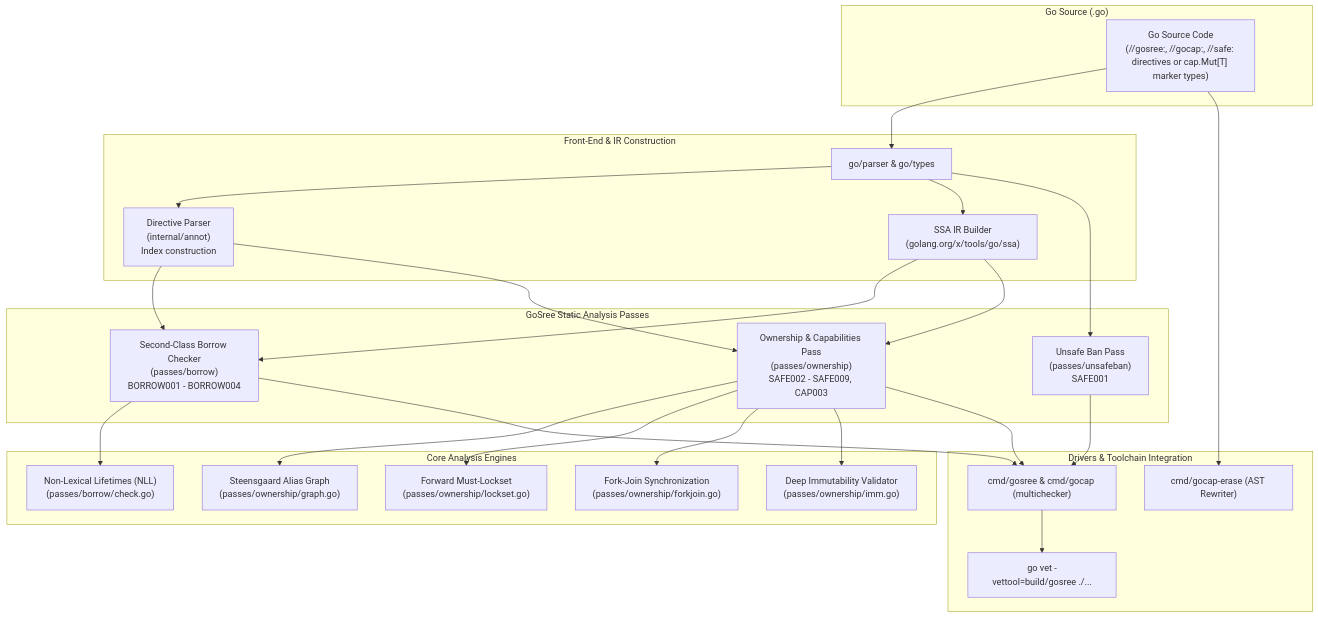
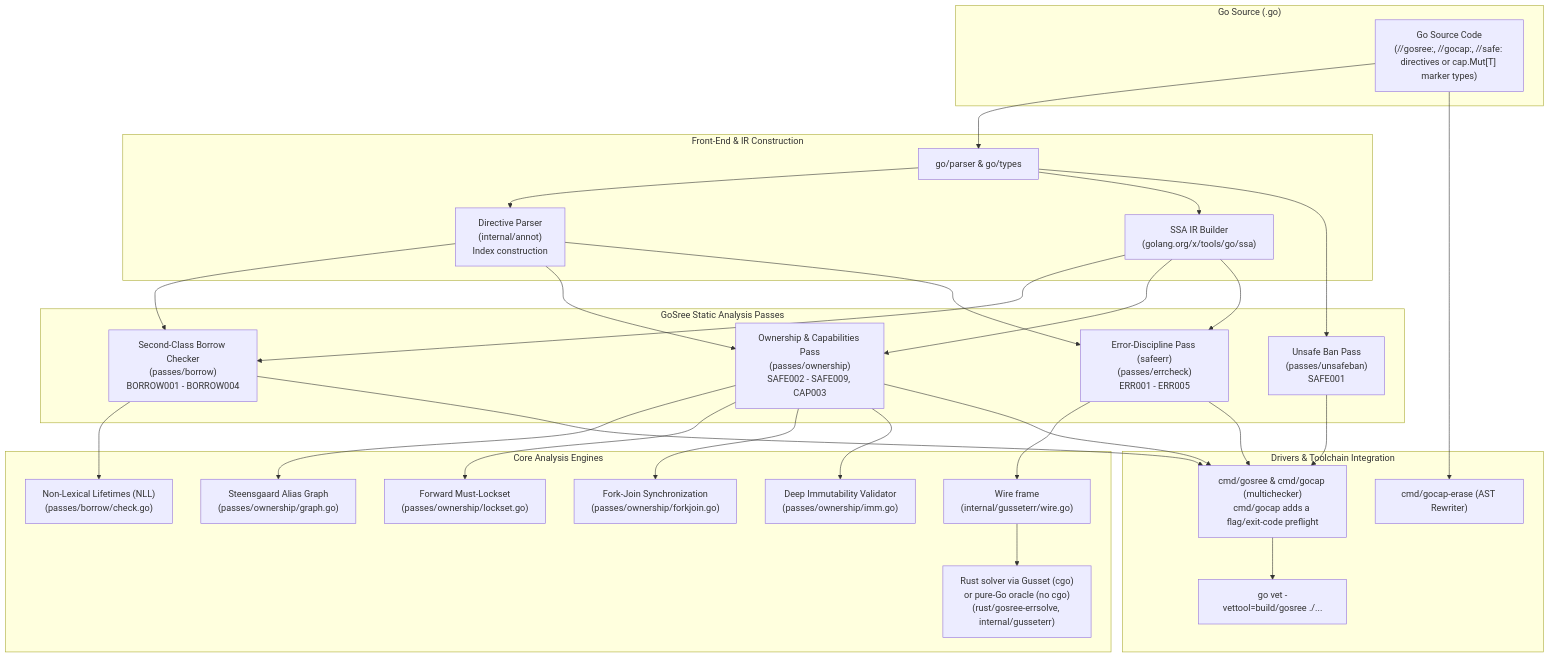
One commit to bharathvbcr/GoSree changed the first of 4 diagrams in README.md. Above: the diagram before and after it, drawn with Mermaid. The commit also changed other lines of this file and 96 other files, not shown here.

First line of the commit message:
Add error-discipline pass, Rust solver over gusset, gocap preflight; refresh docs

````diff
--- a/README.md
+++ b/README.md
@@ -46,53 +46,61 @@
 ```mermaid
 flowchart TD
     subgraph Input ["Go Source (.go)"]
         Src["Go Source Code\n(//gosree:, //gocap:, //safe: directives or cap.Mut[T] marker types)"]
     end
 
     subgraph FrontEnd ["Front-End & IR Construction"]
         Parser["go/parser & go/types"]
         Annot["Directive Parser\n(internal/annot)\nIndex construction"]
         SSA["SSA IR Builder\n(golang.org/x/tools/go/ssa)"]
     end
 
     subgraph Passes ["GoSree Static Analysis Passes"]
         UnsafeBan["Unsafe Ban Pass\n(passes/unsafeban)\nSAFE001"]
         Borrow["Second-Class Borrow Checker\n(passes/borrow)\nBORROW001 - BORROW004"]
         Ownership["Ownership & Capabilities Pass\n(passes/ownership)\nSAFE002 - SAFE009, CAP003"]
+        Errcheck["Error-Discipline Pass (safeerr)\n(passes/errcheck)\nERR001 - ERR005"]
     end
 
     subgraph Engines ["Core Analysis Engines"]
         Steensgaard["Steensgaard Alias Graph\n(passes/ownership/graph.go)"]
         NLL["Non-Lexical Lifetimes (NLL)\n(passes/borrow/check.go)"]
         Locksets["Forward Must-Lockset\n(passes/ownership/lockset.go)"]
         ForkJoin["Fork-Join Synchronization\n(passes/ownership/forkjoin.go)"]
         ImmValidator["Deep Immutability Validator\n(passes/ownership/imm.go)"]
+        Wire["Wire frame\n(internal/gusseterr/wire.go)"]
+        Solver["Rust solver via Gusset (cgo)\nor pure-Go oracle (no cgo)\n(rust/gosree-errsolve, internal/gusseterr)"]
     end
 
     subgraph Output ["Drivers & Toolchain Integration"]
-        Driver["cmd/gosree & cmd/gocap (multichecker)"]
+        Driver["cmd/gosree & cmd/gocap (multichecker)\ncmd/gocap adds a flag/exit-code preflight"]
         Vet["go vet -vettool=build/gosree ./..."]
         Eraser["cmd/gocap-erase (AST Rewriter)"]
     end
 
     Src --> Parser
     Parser --> Annot
     Parser --> SSA
     Annot --> Borrow
     Annot --> Ownership
     SSA --> Borrow
     SSA --> Ownership
     Parser --> UnsafeBan
+    Annot --> Errcheck
+    SSA --> Errcheck
+    Errcheck --> Wire
+    Wire --> Solver
 
     Borrow --> NLL
     Ownership --> Steensgaard
     Ownership --> Locksets
     Ownership --> ForkJoin
     Ownership --> ImmValidator
 
     UnsafeBan --> Driver
     Borrow --> Driver
     Ownership --> Driver
+    Errcheck --> Driver
     Driver --> Vet
     Src --> Eraser
 ```
````
